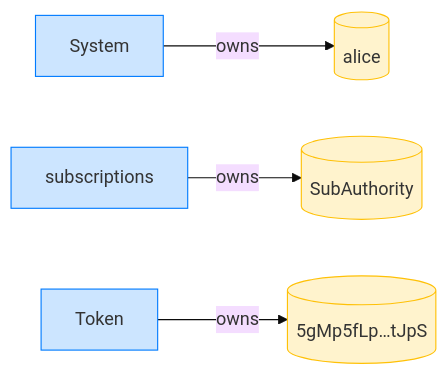
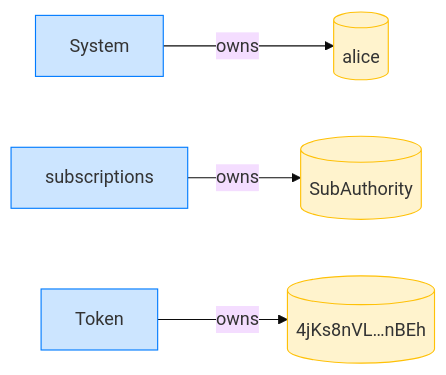
The fourth of 8 diagrams in dsl_tests/reject-a-duplicate-delegation-nonce.md (cds-rs/subscriptions), drawn with Mermaid (base theme) before and after one commit. The commit also changed other lines of this file and 224 other files, not shown here.

````diff
--- a/dsl_tests/reject-a-duplicate-delegation-nonce.md
+++ b/dsl_tests/reject-a-duplicate-delegation-nonce.md
@@ -71,14 +76,14 @@
 ```mermaid
 flowchart LR
     classDef owner fill:#cce5ff,stroke:#007bff;
     classDef account fill:#fff3cd,stroke:#ffc107;
     System[System]:::owner
     alice[(alice)]:::account
     subscriptions[subscriptions]:::owner
     SubAuthority[(SubAuthority)]:::account
     Token[Token]:::owner
-    5gMp5fLp_tJpS[("5gMp5fLp…tJpS")]:::account
+    4jKs8nVL_nBEh[("4jKs8nVL…nBEh")]:::account
     System -->|owns| alice
     subscriptions -->|owns| SubAuthority
-    Token -->|owns| 5gMp5fLp_tJpS
+    Token -->|owns| 4jKs8nVL_nBEh
 ```
````
